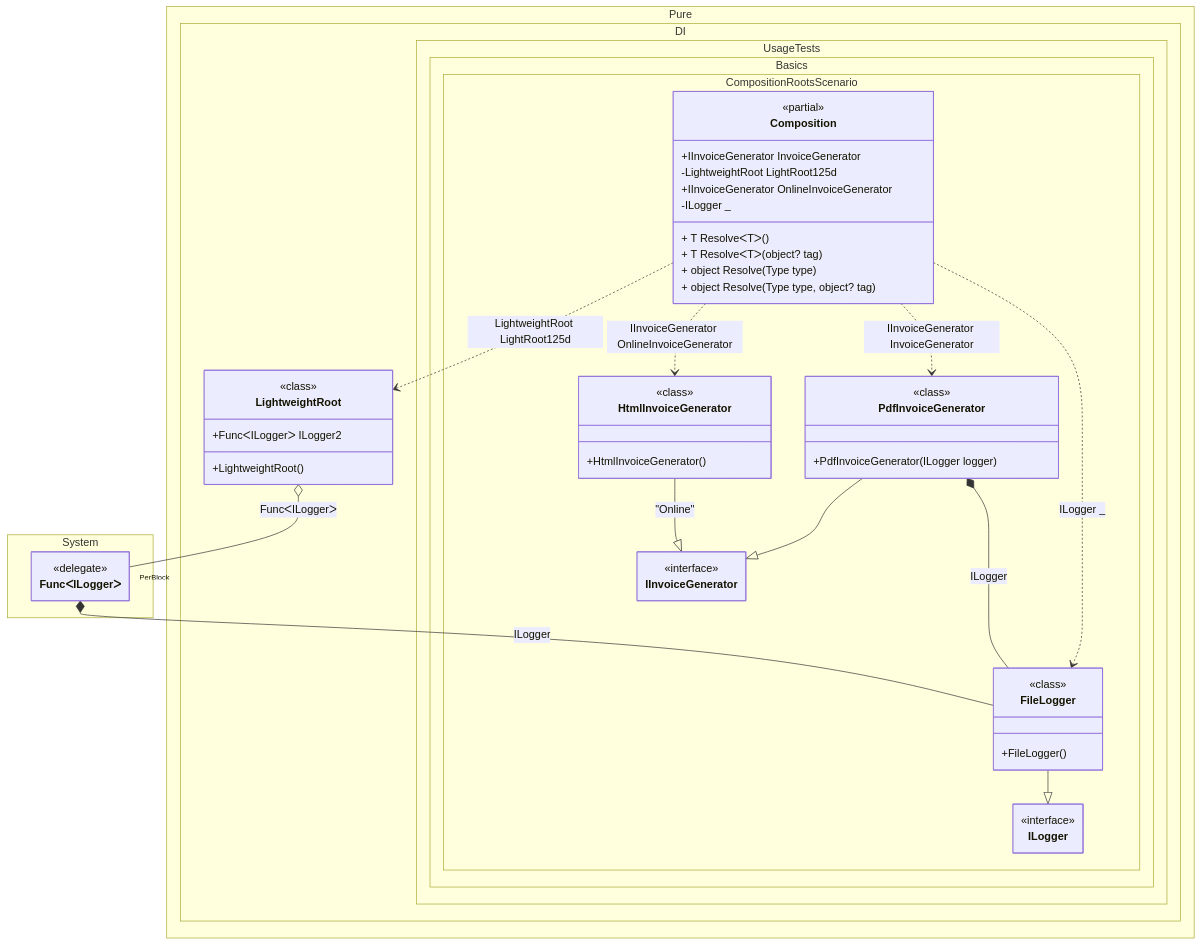
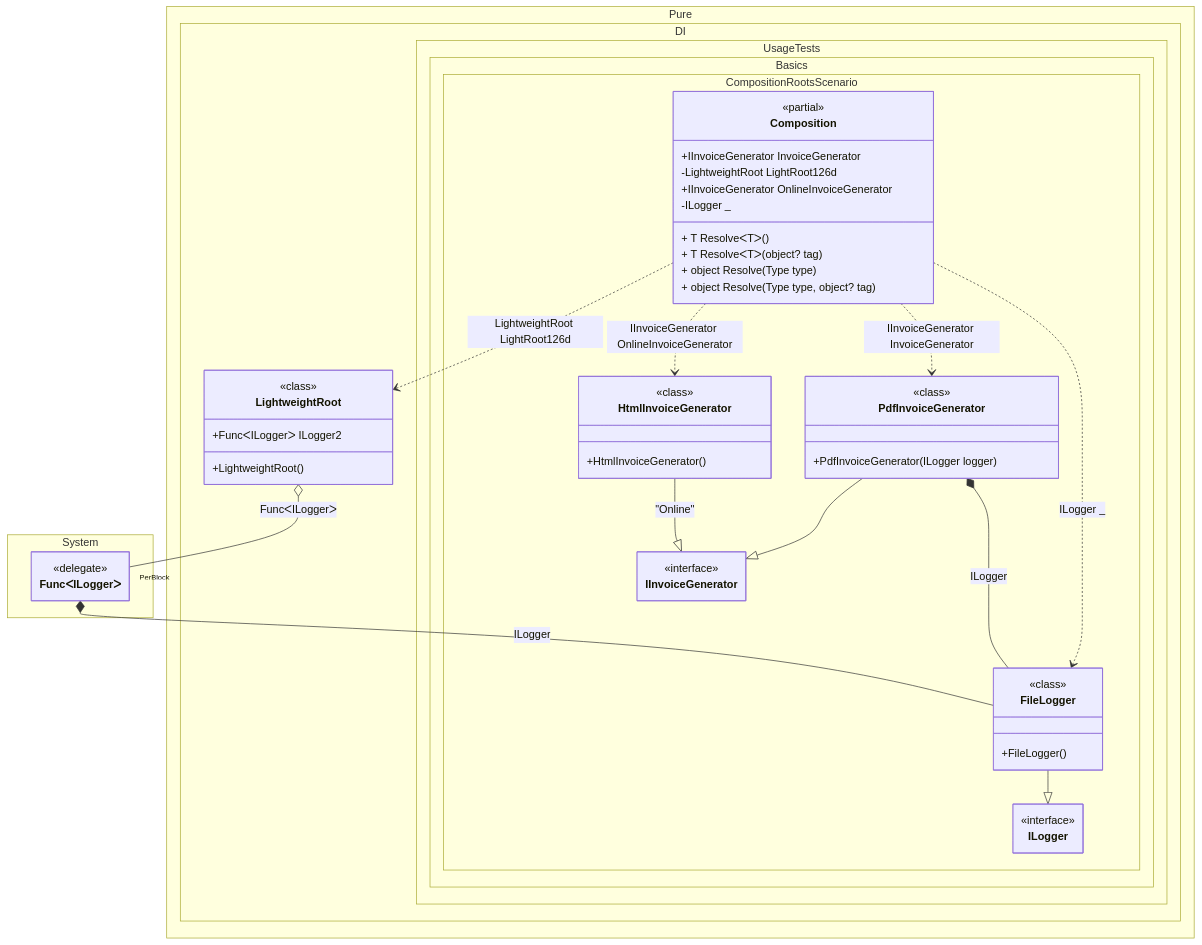
Before and after one commit to MaiKuraki/Pure.DI: the diagram in readme/composition-roots.md, drawn with Mermaid. The commit also changed 11 other files, not shown here.

````diff
--- a/readme/composition-roots.md
+++ b/readme/composition-roots.md
@@ -324,63 +324,63 @@
 ```mermaid
 ---
  config:
   maxTextSize: 2147483647
   maxEdges: 2147483647
   class:
    hideEmptyMembersBox: true
 ---
 classDiagram
 	PdfInvoiceGenerator --|> IInvoiceGenerator
 	HtmlInvoiceGenerator --|> IInvoiceGenerator : "Online" 
 	FileLogger --|> ILogger
-	Composition ..> LightweightRoot : LightweightRoot LightRoot125d
+	Composition ..> LightweightRoot : LightweightRoot LightRoot126d
 	Composition ..> HtmlInvoiceGenerator : IInvoiceGenerator OnlineInvoiceGenerator
 	Composition ..> FileLogger : ILogger _
 	Composition ..> PdfInvoiceGenerator : IInvoiceGenerator InvoiceGenerator
 	PdfInvoiceGenerator *--  FileLogger : ILogger
 	LightweightRoot o-- "PerBlock" FuncᐸILoggerᐳ : FuncᐸILoggerᐳ
 	FuncᐸILoggerᐳ *--  FileLogger : ILogger
 	namespace Pure.DI {
 		class LightweightRoot {
 				<<class>>
 			+LightweightRoot()
 			+FuncᐸILoggerᐳ ILogger2
 		}
 	}
 	namespace Pure.DI.UsageTests.Basics.CompositionRootsScenario {
 		class Composition {
 		<<partial>>
 		+IInvoiceGenerator InvoiceGenerator
-		-LightweightRoot LightRoot125d
+		-LightweightRoot LightRoot126d
 		+IInvoiceGenerator OnlineInvoiceGenerator
 		-ILogger _
 		+ T ResolveᐸTᐳ()
 		+ T ResolveᐸTᐳ(object? tag)
 		+ object Resolve(Type type)
 		+ object Resolve(Type type, object? tag)
 		}
 		class FileLogger {
 				<<class>>
 			+FileLogger()
 		}
 		class HtmlInvoiceGenerator {
 				<<class>>
 			+HtmlInvoiceGenerator()
 		}
 		class IInvoiceGenerator {
 			<<interface>>
 		}
 		class ILogger {
 			<<interface>>
 		}
 		class PdfInvoiceGenerator {
 				<<class>>
 			+PdfInvoiceGenerator(ILogger logger)
 		}
 	}
 	namespace System {
 		class FuncᐸILoggerᐳ {
 				<<delegate>>
 		}
 	}
 ```
````
